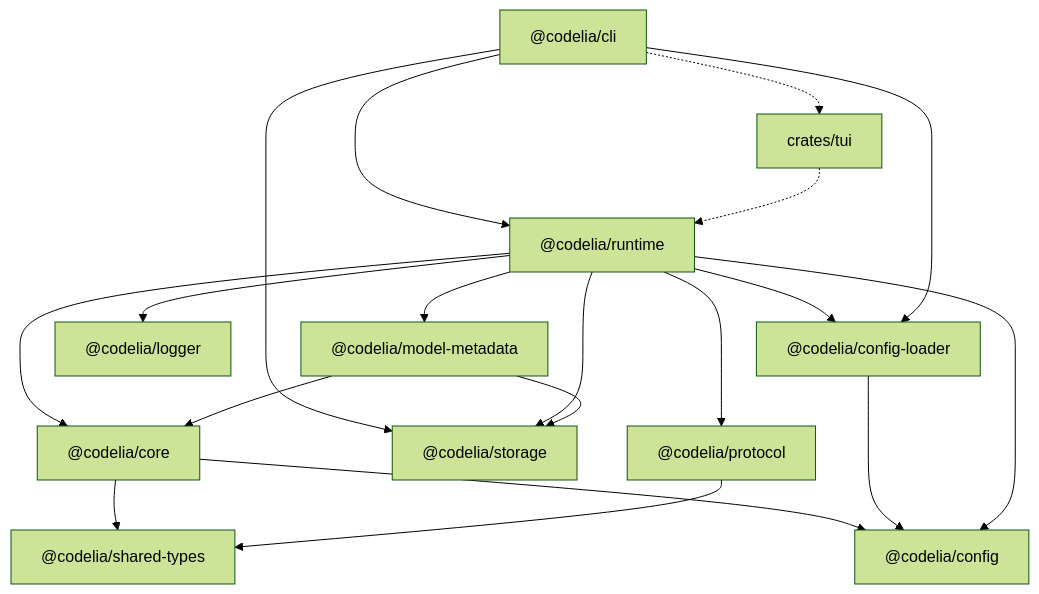
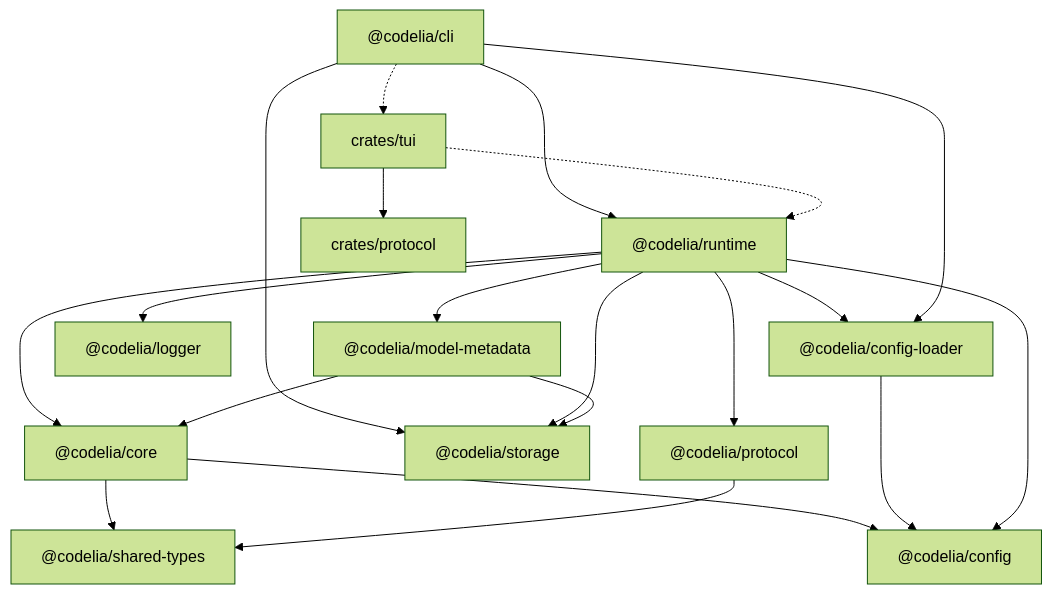
Before and after one commit to kousw/codelia: the diagram in dev-docs/reference-architecture.md, drawn with Mermaid (forest theme). The commit also changed other lines of this file and 23 other files, not shown here.

Commit message:
refactor(protocol): extract shared Rust wire crate

````diff
--- a/dev-docs/reference-architecture.md
+++ b/dev-docs/reference-architecture.md
@@ -82,33 +84,35 @@
 ```mermaid
 graph TD
   core["@codelia/core"]
   shared["@codelia/shared-types"]
   storage["@codelia/storage"]
   protocol["@codelia/protocol"]
   config["@codelia/config"]
   configloader["@codelia/config-loader"]
   runtime["@codelia/runtime"]
   logger["@codelia/logger"]
   cli["@codelia/cli"]
   modelmeta["@codelia/model-metadata"]
   tui["crates/tui"]
+  rust_protocol["crates/protocol"]
 
   core --> shared
   core --> config
   protocol --> shared
   configloader --> config
   runtime --> core
   runtime --> logger
   runtime --> protocol
   runtime --> config
   runtime --> configloader
   cli --> runtime
   cli --> configloader
   cli --> storage
   cli -.-> tui
   runtime --> modelmeta
   runtime --> storage
   modelmeta --> core
   modelmeta --> storage
+  tui --> rust_protocol
   tui -.-> runtime
 ```
````
